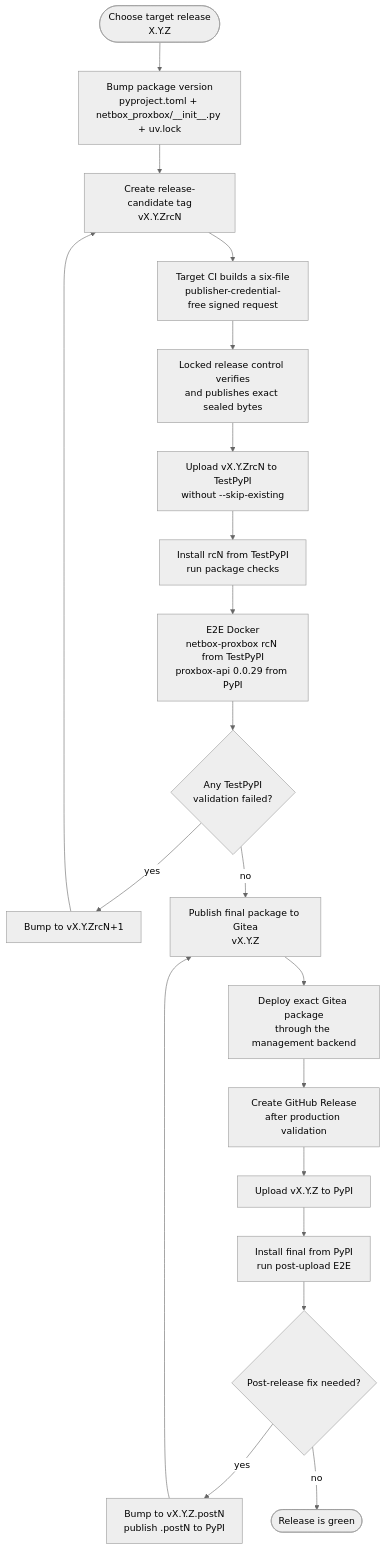
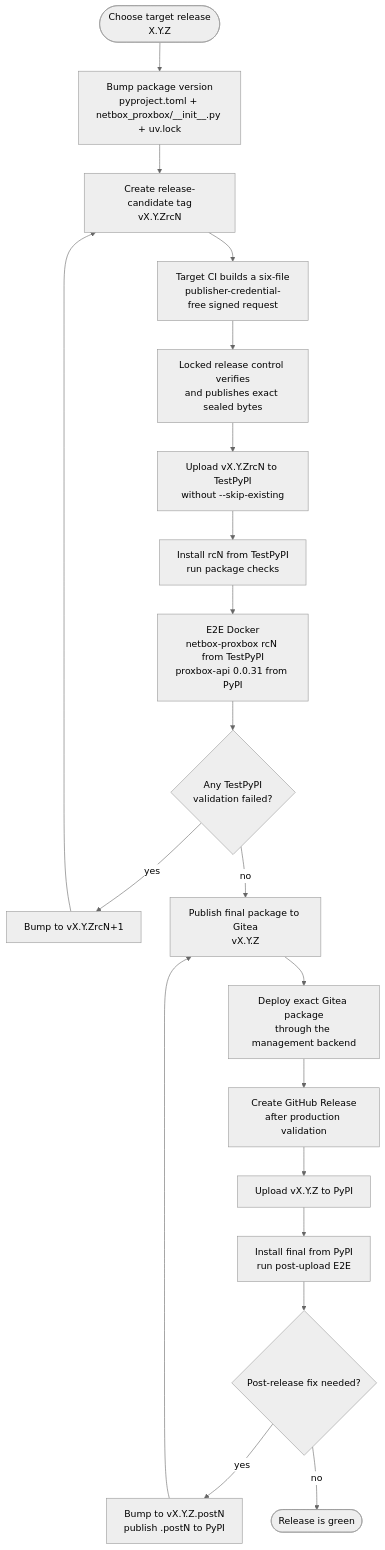
Before and after one commit to emersonfelipesp/netbox-proxbox: the first of 2 diagrams in docs/developer/release-publishing.md, drawn with Mermaid (neutral theme). The commit also changed other lines of this file and 23 other files, not shown here.

First line of the commit message:
Release candidate netbox-proxbox 0.0.32rc1: admit end-to-end prerequisites, fail fast on terminal services, and pair with proxbox-api 0.0.31

````diff
--- a/docs/developer/release-publishing.md
+++ b/docs/developer/release-publishing.md
@@ -13,27 +13,27 @@
 ```mermaid
 flowchart TD
     Start([Choose target release\nX.Y.Z])
     Bump[Bump package version\npyproject.toml + netbox_proxbox/__init__.py + uv.lock]
     RCTag[Create release-candidate tag\nvX.Y.ZrcN]
     RCCI[Target CI builds a six-file\npublisher-credential-free signed request]
     Control[Locked release control verifies\nand publishes exact sealed bytes]
     RCUpload[Upload vX.Y.ZrcN to TestPyPI\nwithout --skip-existing]
     RCValidate[Install rcN from TestPyPI\nrun package checks]
-    RCE2E[E2E Docker\nnetbox-proxbox rcN from TestPyPI\nproxbox-api 0.0.29 from PyPI]
+    RCE2E[E2E Docker\nnetbox-proxbox rcN from TestPyPI\nproxbox-api 0.0.31 from PyPI]
     RCFailed{Any TestPyPI\nvalidation failed?}
     NextRC[Bump to vX.Y.ZrcN+1]
     FinalPrivate[Publish final package to Gitea\nvX.Y.Z]
     Deploy[Deploy exact Gitea package\nthrough the management backend]
     PublicRelease[Create GitHub Release\nafter production validation]
     FinalUpload[Upload vX.Y.Z to PyPI]
     FinalValidate[Install final from PyPI\nrun post-upload E2E]
     FinalFailed{Post-release fix needed?}
     Post[Bump to vX.Y.Z.postN\npublish .postN to PyPI]
     Done([Release is green])
 
     Start --> Bump --> RCTag --> RCCI --> Control --> RCUpload --> RCValidate --> RCE2E --> RCFailed
     RCFailed -- yes --> NextRC --> RCTag
     RCFailed -- no --> FinalPrivate --> Deploy --> PublicRelease --> FinalUpload --> FinalValidate --> FinalFailed
     FinalFailed -- yes --> Post --> FinalPrivate
     FinalFailed -- no --> Done
 ```
````
